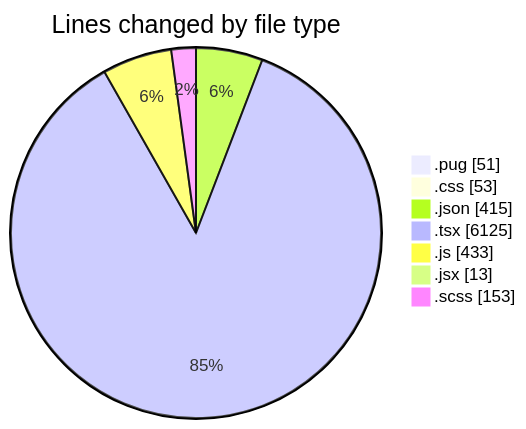
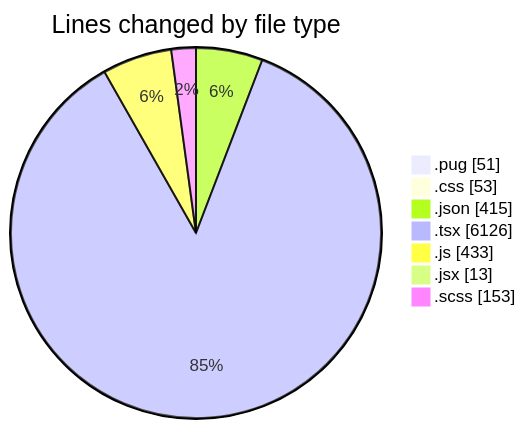
The first of 2 diagrams in 2025-11-06/cda/README.md (momahboobian/code-tracking), drawn with Mermaid before and after one commit. The commit also changed other lines of this file and 1 other file, not shown here.

````diff
--- a/2025-11-06/cda/README.md
+++ b/2025-11-06/cda/README.md
@@ -41,11 +41,11 @@
 ```mermaid
 pie showData
 title Lines changed by file type
 ".pug" : 51
 ".css" : 53
 ".json" : 415
-".tsx" : 6125
+".tsx" : 6126
 ".js" : 433
 ".jsx" : 13
 ".scss" : 153
 ```
````
